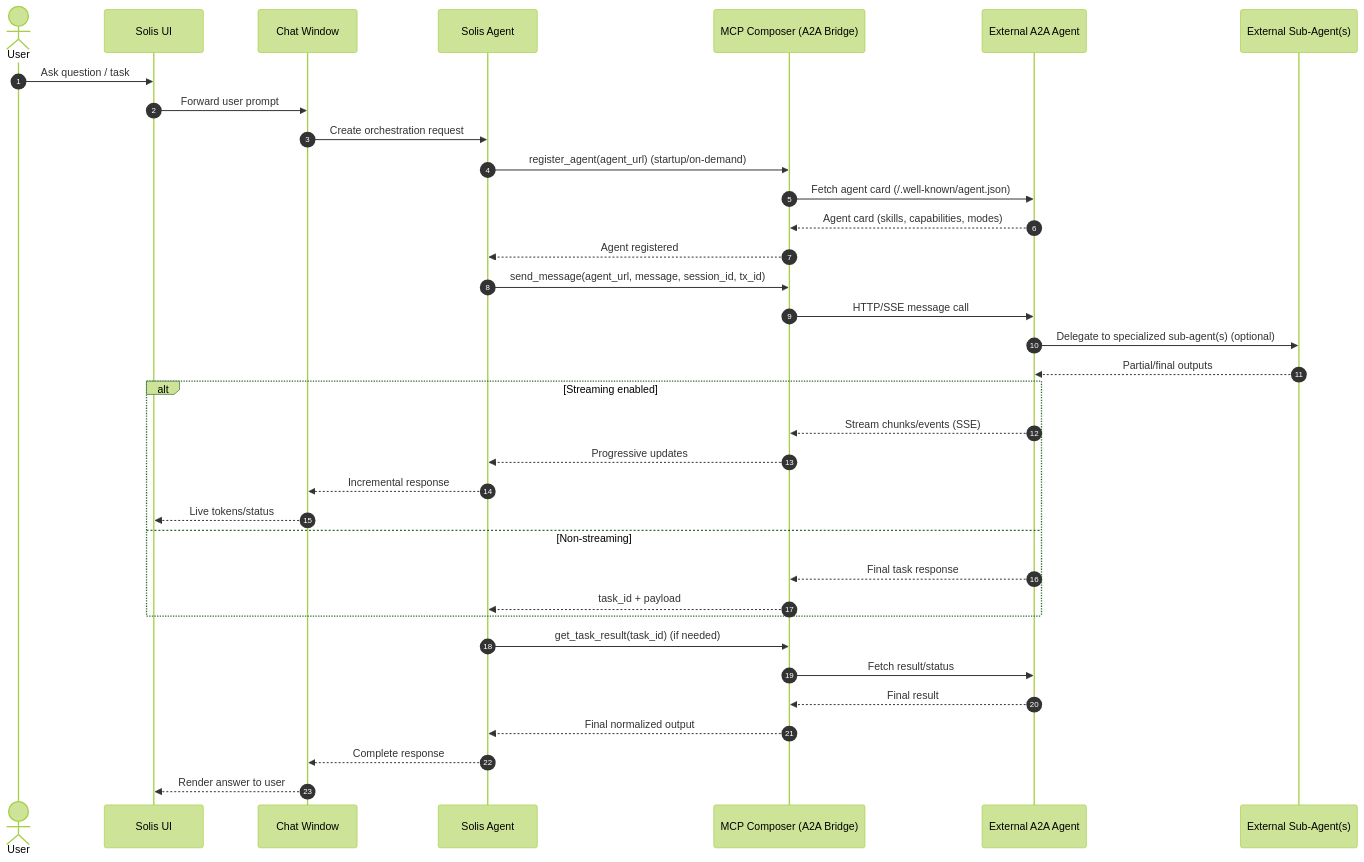
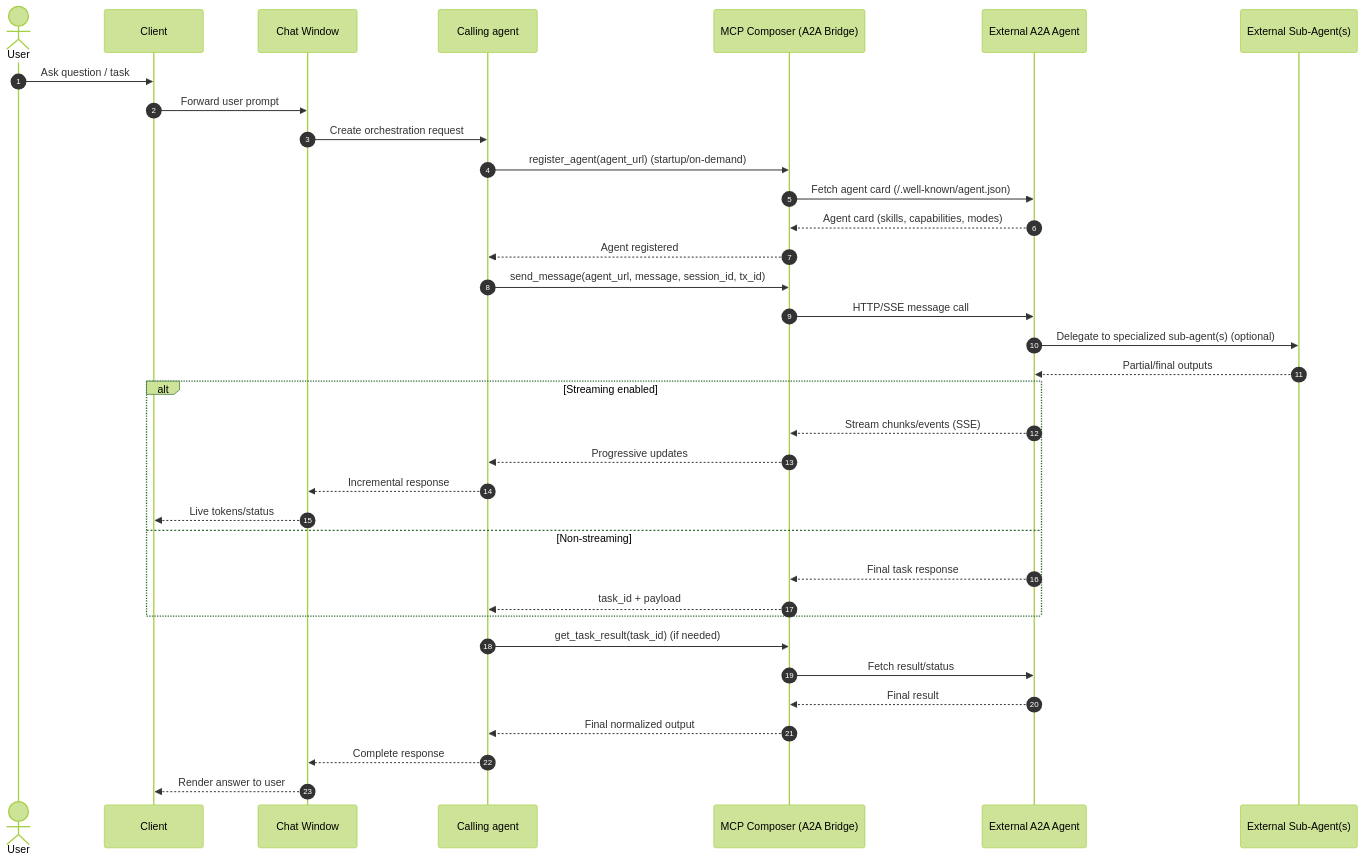
One commit to IBM/mcp-composer changed the diagram in docs/guide/a2a.md. Above: the diagram before and after it, drawn with Mermaid (forest theme). The commit also changed other lines of this file and 49 other files, not shown here.

````diff
--- a/docs/guide/a2a.md
+++ b/docs/guide/a2a.md
@@ -22,42 +22,42 @@
 ```mermaid
 sequenceDiagram
     autonumber
     actor U as User
-    participant UI as Solis UI
+    participant UI as Client
     participant CHAT as Chat Window
-    participant SA as Solis Agent
+    participant SA as Calling agent
     participant C as MCP Composer (A2A Bridge)
     participant EA as External A2A Agent
     participant SUB as External Sub-Agent(s)
 
     U->>UI: Ask question / task
     UI->>CHAT: Forward user prompt
     CHAT->>SA: Create orchestration request
 
     SA->>C: register_agent(agent_url) (startup/on-demand)
     C->>EA: Fetch agent card (/.well-known/agent.json)
     EA-->>C: Agent card (skills, capabilities, modes)
     C-->>SA: Agent registered
 
     SA->>C: send_message(agent_url, message, session_id, tx_id)
     C->>EA: HTTP/SSE message call
     EA->>SUB: Delegate to specialized sub-agent(s) (optional)
     SUB-->>EA: Partial/final outputs
 
     alt Streaming enabled
         EA-->>C: Stream chunks/events (SSE)
         C-->>SA: Progressive updates
         SA-->>CHAT: Incremental response
         CHAT-->>UI: Live tokens/status
     else Non-streaming
         EA-->>C: Final task response
         C-->>SA: task_id + payload
     end
 
     SA->>C: get_task_result(task_id) (if needed)
     C->>EA: Fetch result/status
     EA-->>C: Final result
     C-->>SA: Final normalized output
     SA-->>CHAT: Complete response
     CHAT-->>UI: Render answer to user
 ```
````
